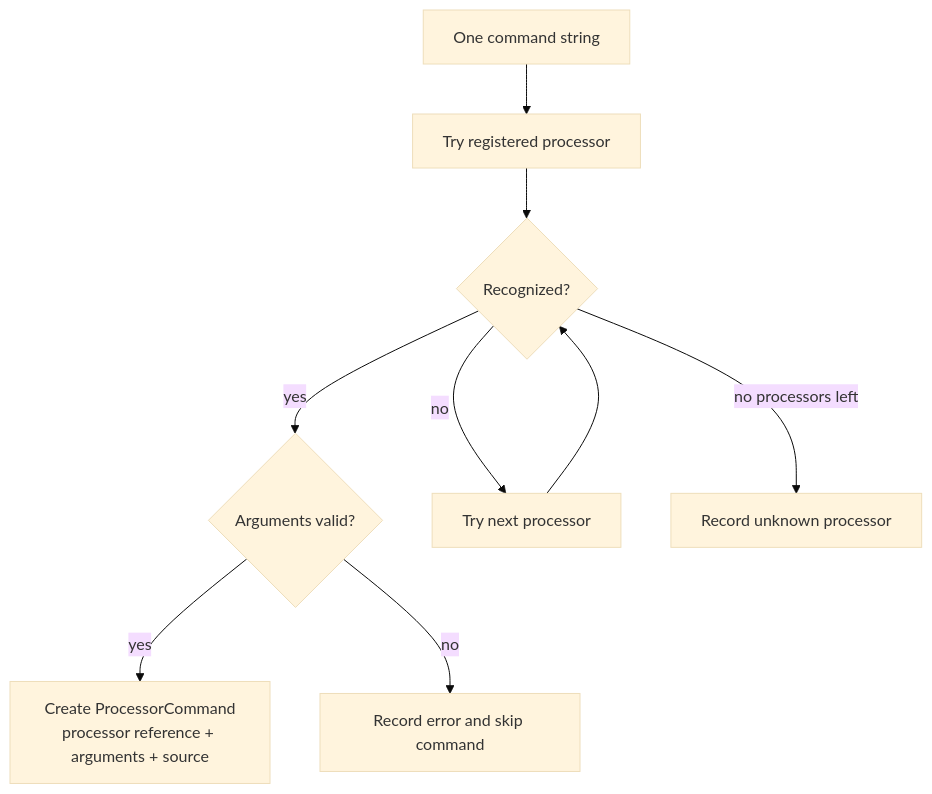
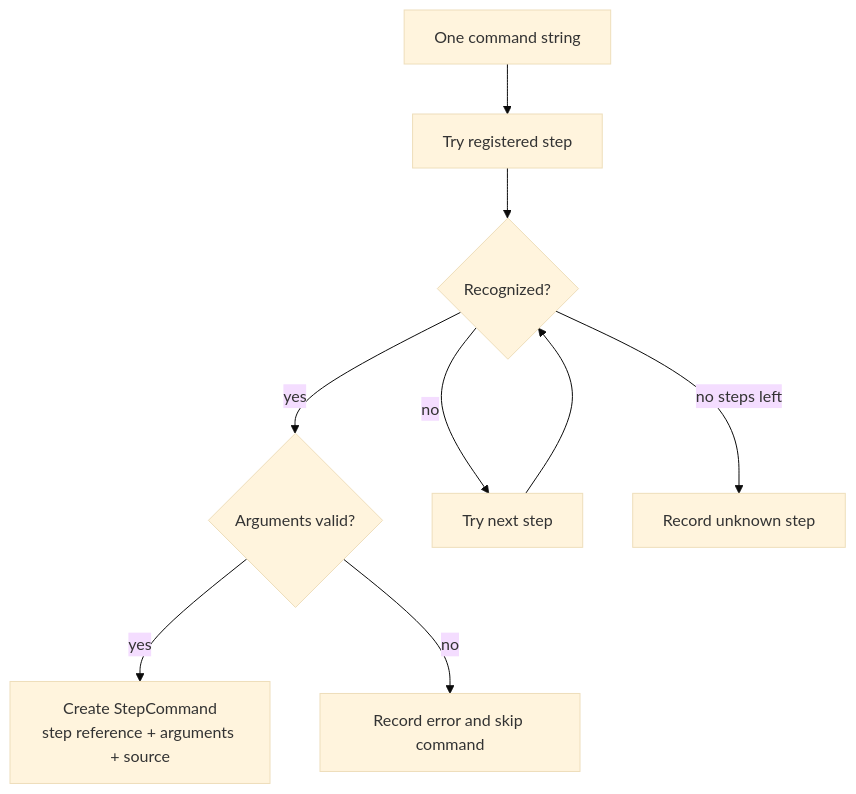
Before and after one commit to dotanrs/magritte: the second of 3 diagrams in src/PROCESSING.md, drawn with Mermaid (base theme). The commit also changed other lines of this file and 169 other files, not shown here.

Commit message:
Rename processor -> step

````diff
--- a/src/PROCESSING.md
+++ b/src/PROCESSING.md
@@ -58,18 +58,18 @@
 ```mermaid
 flowchart TD
     command["One command string"]
-    first["Try registered processor"]
+    first["Try registered step"]
     match{"Recognized?"}
     malformed{"Arguments valid?"}
-    next["Try next processor"]
-    selected["Create ProcessorCommand<br/>processor reference + arguments + source"]
+    next["Try next step"]
+    selected["Create StepCommand<br/>step reference + arguments + source"]
     skipped["Record error and skip command"]
-    unknown["Record unknown processor"]
+    unknown["Record unknown step"]
 
     command --> first --> match
     match -- no --> next --> match
     match -- yes --> malformed
     malformed -- yes --> selected
     malformed -- no --> skipped
-    match -- no processors left --> unknown
+    match -- no steps left --> unknown
 ```
````
